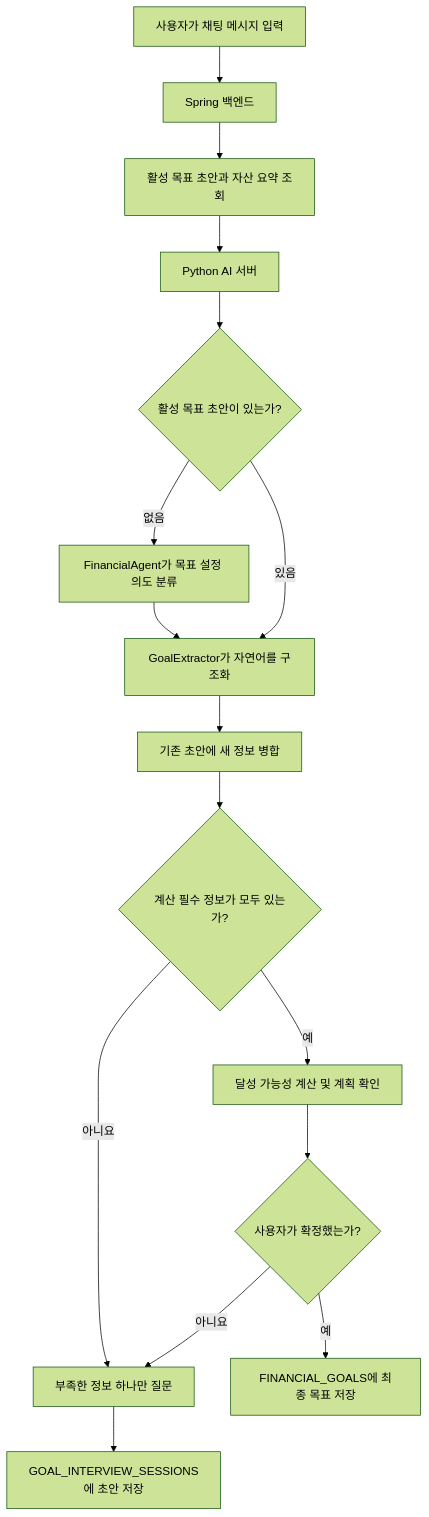
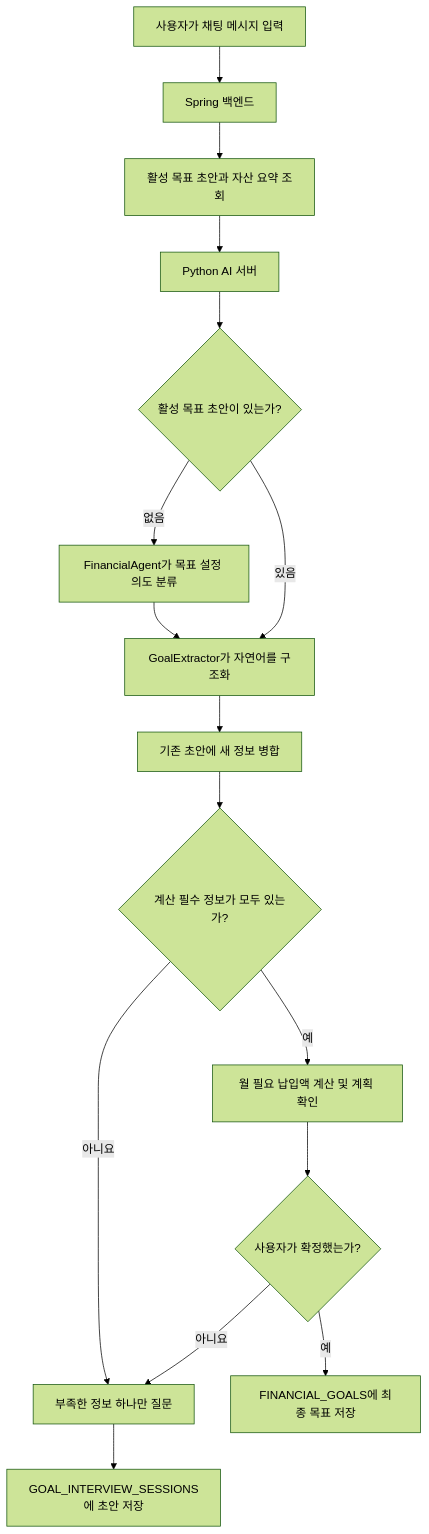
Before and after one commit to kb-class28-team1/Wallo: the diagram in GOAL_SETTING.md, drawn with Mermaid (forest theme). The commit also changed other lines of this file and 25 other files, not shown here.

````diff
--- a/GOAL_SETTING.md
+++ b/GOAL_SETTING.md
@@ -37,18 +37,18 @@
 ```mermaid
 flowchart TD
     U["사용자가 채팅 메시지 입력"] --> B["Spring 백엔드"]
     B --> C["활성 목표 초안과 자산 요약 조회"]
     C --> A["Python AI 서버"]
     A --> R{"활성 목표 초안이 있는가?"}
     R -- "없음" --> F["FinancialAgent가 목표 설정 의도 분류"]
     F --> E["GoalExtractor가 자연어를 구조화"]
     R -- "있음" --> E
     E --> M["기존 초안에 새 정보 병합"]
     M --> Q{"계산 필수 정보가 모두 있는가?"}
     Q -- "아니요" --> N["부족한 정보 하나만 질문"]
-    Q -- "예" --> P["달성 가능성 계산 및 계획 확인"]
+    Q -- "예" --> P["월 필요 납입액 계산 및 계획 확인"]
     P --> X{"사용자가 확정했는가?"}
     X -- "아니요" --> N
     X -- "예" --> S["FINANCIAL_GOALS에 최종 목표 저장"]
     N --> D["GOAL_INTERVIEW_SESSIONS에 초안 저장"]
 ```
````
